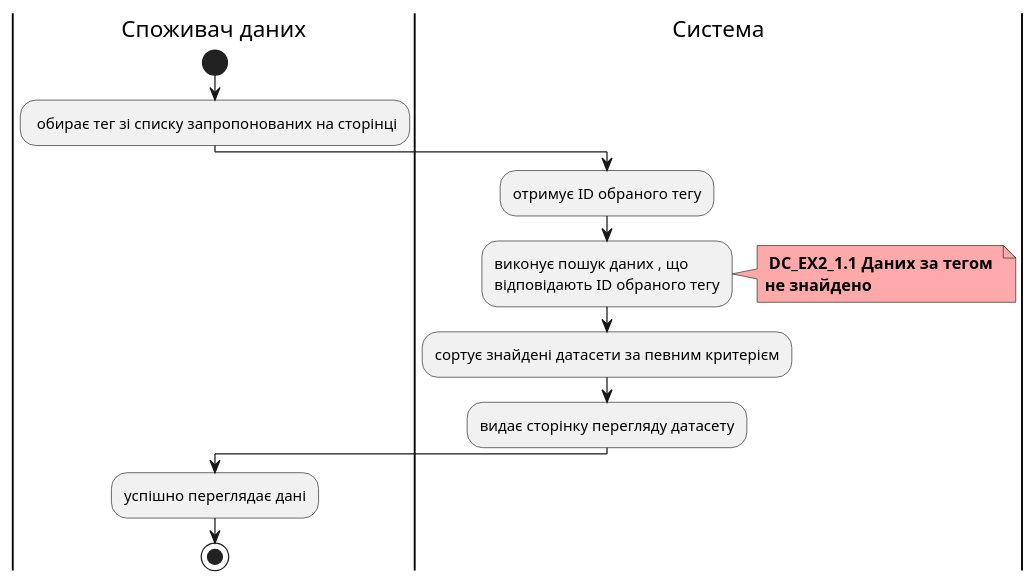
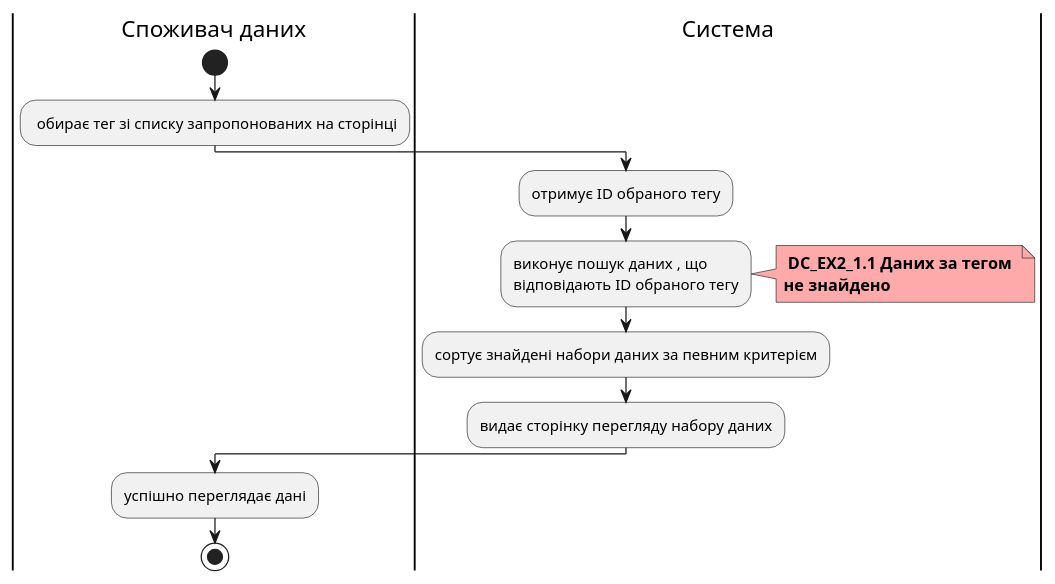
The sixth of 13 diagrams in docs/use cases/README.md (boldak/edu-db-cw), drawn with PlantUML before and after one commit. The commit also changed other lines of this file, not shown here.

```diff
--- a/docs/use cases/README.md
+++ b/docs/use cases/README.md
@@ -275,20 +273,20 @@
 @startuml
 
     |Споживач даних|
         start
         : обирає тег зі списку запропонованих на сторінці;
     |Система|
         :отримує ID обраного тегу;
         :виконує пошук даних , що
         відповідають ID обраного тегу;
         note right #ffaaaa
         <b> DС_EX2_1.1 Даних за тегом 
         <b>не знайдено
         end note
-        :сортує знайдені датасети за певним критерієм;
-        :видає сторінку перегляду датасету;
+        :сортує знайдені набори даних за певним критерієм;
+        :видає сторінку перегляду набору даних;
     |Споживач даних|
         :успішно переглядає дані;
         stop;
 
 @enduml
```
